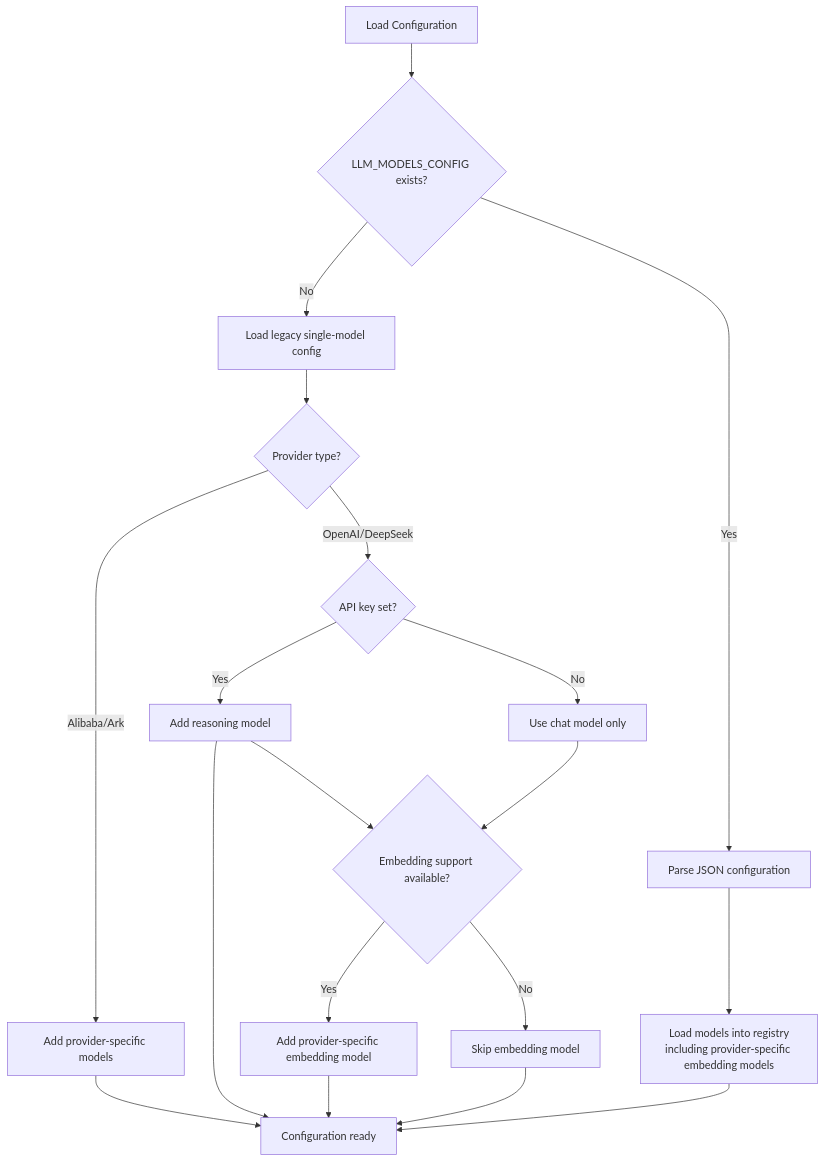
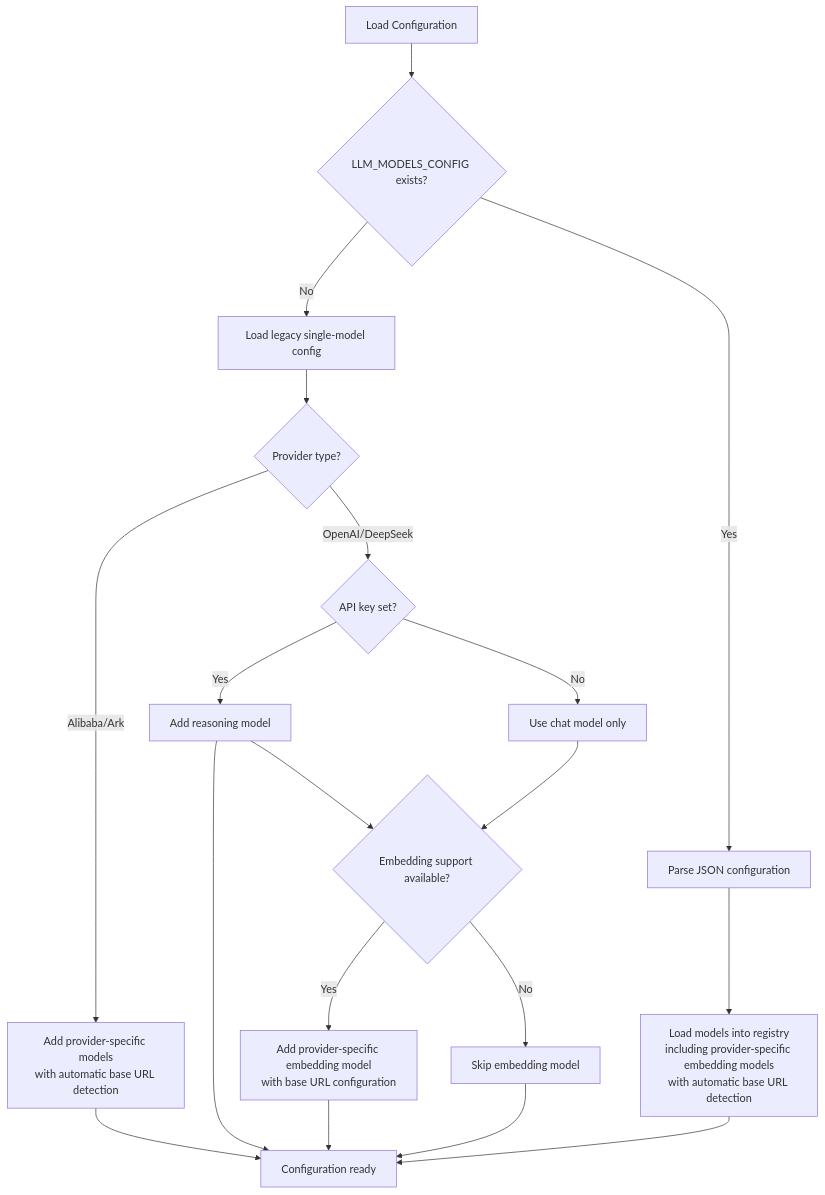
One commit to liwonder/NARRITIVE_OS changed the fifth of 9 diagrams in .qoder/repowiki/en/content/LLM Integration and Configuration.md. Above: the diagram before and after it, drawn with Mermaid. The commit also changed other lines of this file and 14 other files, not shown here.

````diff
--- a/.qoder/repowiki/en/content/LLM Integration and Configuration.md
+++ b/.qoder/repowiki/en/content/LLM Integration and Configuration.md
@@ -346,21 +351,21 @@
 ```mermaid
 flowchart TD
 Start["Load Configuration"] --> CheckEnv{"LLM_MODELS_CONFIG exists?"}
 CheckEnv --> |Yes| ParseJSON["Parse JSON configuration"]
-ParseJSON --> LoadModels["Load models into registry<br/>including provider-specific embedding models"]
+ParseJSON --> LoadModels["Load models into registry<br/>including provider-specific embedding models<br/>with automatic base URL detection"]
 CheckEnv --> |No| LoadLegacy["Load legacy single-model config"]
 LoadLegacy --> CheckProvider{"Provider type?"}
 CheckProvider --> |OpenAI/DeepSeek| CheckReasoning{"API key set?"}
-CheckProvider --> |Alibaba/Ark| AddProviderModels["Add provider-specific models"]
+CheckProvider --> |Alibaba/Ark| AddProviderModels["Add provider-specific models<br/>with automatic base URL detection"]
 CheckReasoning --> |Yes| AddReasoning["Add reasoning model"]
 CheckReasoning --> |No| UseChatOnly["Use chat model only"]
 AddReasoning --> CheckEmbedding{"Embedding support available?"}
-CheckEmbedding --> |Yes| AddEmbedding["Add provider-specific embedding model"]
+CheckEmbedding --> |Yes| AddEmbedding["Add provider-specific embedding model<br/>with base URL configuration"]
 CheckEmbedding --> |No| SkipEmbedding["Skip embedding model"]
 AddProviderModels --> Complete["Configuration ready"]
 AddReasoning --> Complete
 UseChatOnly --> CheckEmbedding
 AddEmbedding --> Complete
 SkipEmbedding --> Complete
 LoadModels --> Complete
 ```
````
